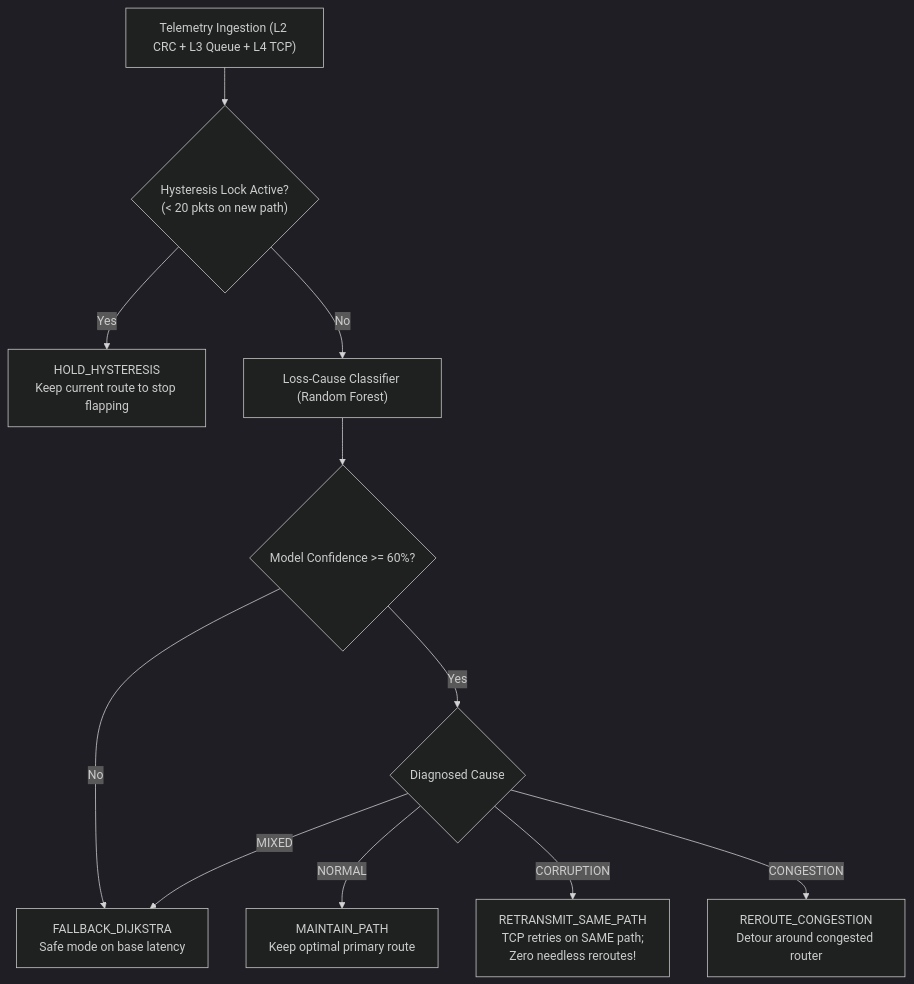
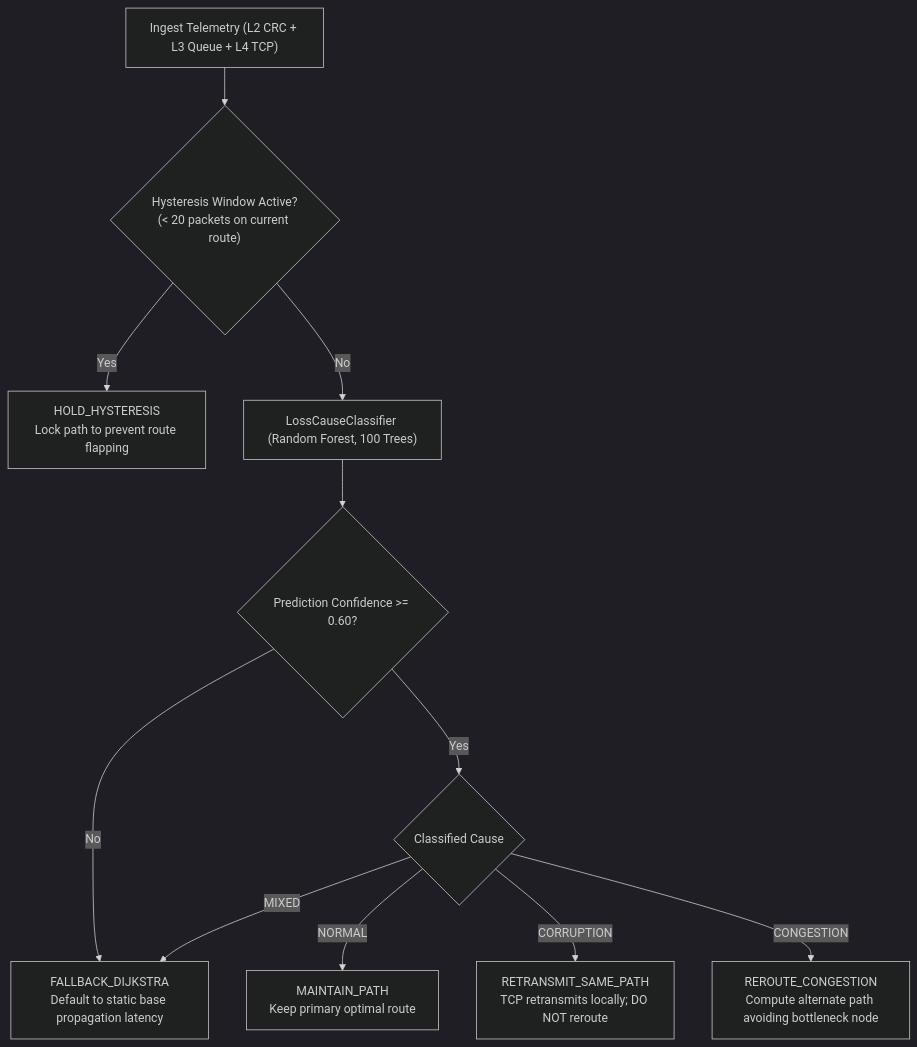
Before and after one commit to Eldo-John-Giby/Adaptive-Network-Routing-Congestion-Control: the diagram in STUDY_GUIDE.md, drawn with Mermaid (dark theme). The commit also changed other lines of this file, not shown here.

````diff
--- a/STUDY_GUIDE.md
+++ b/STUDY_GUIDE.md
@@ -209,13 +208,13 @@
 ```mermaid
 flowchart TD
-    A["Telemetry Ingestion (L2 CRC + L3 Queue + L4 TCP)"] --> B{"Hysteresis Lock Active?\n(< 20 pkts on new path)"}
-    B -- "Yes" --> C["HOLD_HYSTERESIS\nKeep current route to stop flapping"]
-    B -- "No" --> D["Loss-Cause Classifier (Random Forest)"]
-    D --> E{"Model Confidence >= 60%?"}
-    E -- "No" --> F["FALLBACK_DIJKSTRA\nSafe mode on base latency"]
-    E -- "Yes" --> G{"Diagnosed Cause"}
-    G -- "NORMAL" --> H["MAINTAIN_PATH\nKeep optimal primary route"]
-    G -- "CORRUPTION" --> I["RETRANSMIT_SAME_PATH\nTCP retries on SAME path;\nZero needless reroutes!"]
-    G -- "CONGESTION" --> J["REROUTE_CONGESTION\nDetour around congested router"]
+    A["Ingest Telemetry (L2 CRC + L3 Queue + L4 TCP)"] --> B{"Hysteresis Window Active?\n(< 20 packets on current route)"}
+    B -- "Yes" --> C["HOLD_HYSTERESIS\nLock path to prevent route flapping"]
+    B -- "No" --> D["LossCauseClassifier (Random Forest, 100 Trees)"]
+    D --> E{"Prediction Confidence >= 0.60?"}
+    E -- "No" --> F["FALLBACK_DIJKSTRA\nDefault to static base propagation latency"]
+    E -- "Yes" --> G{"Classified Cause"}
+    G -- "NORMAL" --> H["MAINTAIN_PATH\nKeep primary optimal route"]
+    G -- "CORRUPTION" --> I["RETRANSMIT_SAME_PATH\nTCP retransmits locally; DO NOT reroute"]
+    G -- "CONGESTION" --> J["REROUTE_CONGESTION\nCompute alternate path avoiding bottleneck node"]
     G -- "MIXED" --> F
 ```
````
